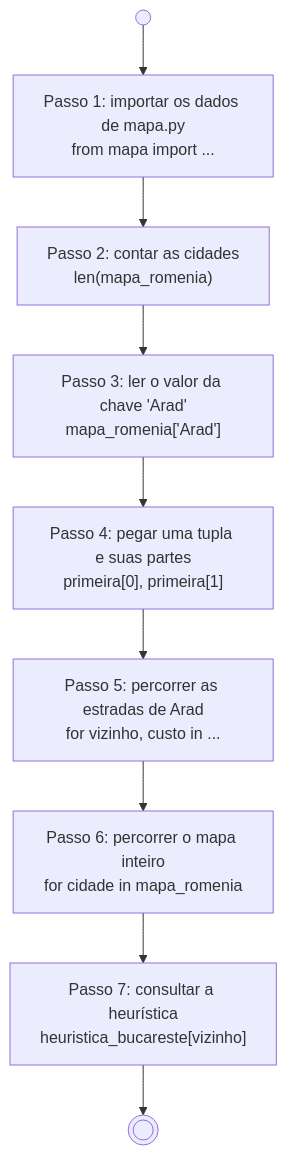
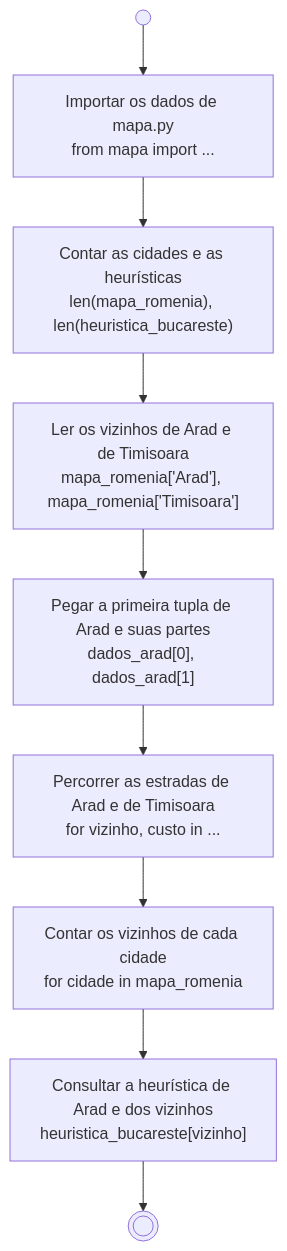
The seventh of 16 diagrams in docs/diagramas-uml.md (PAJEGUES/astar-romenia), drawn with Mermaid before and after one commit. The commit also changed other lines of this file and 1 other file, not shown here.

First line of the commit message:
README e Docs: textos reescritos e resultados de Timisoara e Rimnicu Vilcea + Revisão de código com explicações da aula

````diff
--- a/docs/diagramas-uml.md
+++ b/docs/diagramas-uml.md
@@ -187,12 +194,12 @@
 ```mermaid
 flowchart TB
     inicio(( )) --> P1
-    P1["Passo 1: importar os dados de mapa.py<br/>from mapa import ..."]
-    P2["Passo 2: contar as cidades<br/>len(mapa_romenia)"]
-    P3["Passo 3: ler o valor da chave 'Arad'<br/>mapa_romenia['Arad']"]
-    P4["Passo 4: pegar uma tupla e suas partes<br/>primeira[0], primeira[1]"]
-    P5["Passo 5: percorrer as estradas de Arad<br/>for vizinho, custo in ..."]
-    P6["Passo 6: percorrer o mapa inteiro<br/>for cidade in mapa_romenia"]
-    P7["Passo 7: consultar a heurística<br/>heuristica_bucareste[vizinho]"]
+    P1["Importar os dados de mapa.py<br/>from mapa import ..."]
+    P2["Contar as cidades e as heurísticas<br/>len(mapa_romenia), len(heuristica_bucareste)"]
+    P3["Ler os vizinhos de Arad e de Timisoara<br/>mapa_romenia['Arad'], mapa_romenia['Timisoara']"]
+    P4["Pegar a primeira tupla de Arad e suas partes<br/>dados_arad[0], dados_arad[1]"]
+    P5["Percorrer as estradas de Arad e de Timisoara<br/>for vizinho, custo in ..."]
+    P6["Contar os vizinhos de cada cidade<br/>for cidade in mapa_romenia"]
+    P7["Consultar a heurística de Arad e dos vizinhos<br/>heuristica_bucareste[vizinho]"]
     P1 --> P2 --> P3 --> P4 --> P5 --> P6 --> P7 --> fim((( )))
 ```
````
